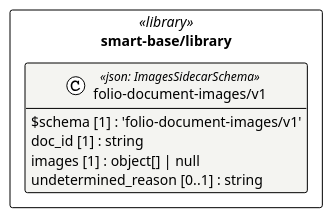
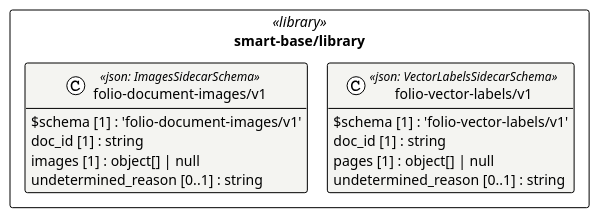
One commit to litlfred/folio-assistant changed the diagram in cat-harness/uml/overview/smart-base/library.puml. Above: the diagram before and after it, drawn with PlantUML. The commit also changed 86 other files, not shown here.

```diff
--- a/cat-harness/uml/overview/smart-base/library.puml
+++ b/cat-harness/uml/overview/smart-base/library.puml
@@ -3,18 +3,24 @@
 @startuml smart_base_library
 !pragma layout elk
 !theme plain
 skinparam classAttributeIconSize 0
 skinparam shadowing false
 skinparam packageStyle rectangle
 hide empty methods
 
 package "smart-base/library" as pkg_smart_base_library <<library>> {
   class "folio-document-images/v1" as smart_base_library_folio_document_images_v1_folio_document_images_v1 <<json: ImagesSidecarSchema>> #f4f4f1 {
     $schema [1] : 'folio-document-images/v1'
     doc_id [1] : string
     images [1] : object[] | null
     undetermined_reason [0..1] : string
   }
+  class "folio-vector-labels/v1" as smart_base_library_folio_vector_labels_v1_folio_vector_labels_v1 <<json: VectorLabelsSidecarSchema>> #f4f4f1 {
+    $schema [1] : 'folio-vector-labels/v1'
+    doc_id [1] : string
+    pages [1] : object[] | null
+    undetermined_reason [0..1] : string
+  }
 }
 
 @enduml
```
